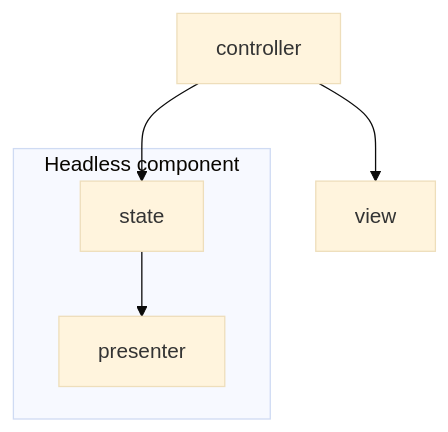
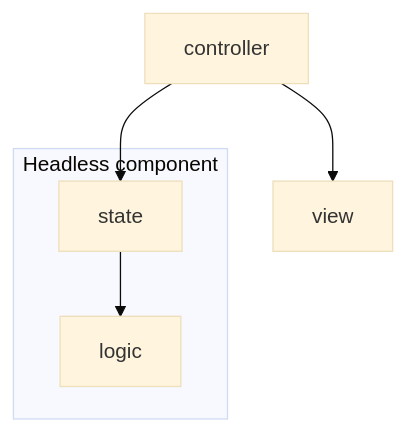
The diagram in dev-docs/frontend/component.md (GautierBlandin/context-gpt), drawn with Mermaid (base theme) before and after one commit. The commit also changed other lines of this file and 10 other files, not shown here.

````diff
--- a/dev-docs/frontend/component.md
+++ b/dev-docs/frontend/component.md
@@ -55,10 +57,10 @@
 ```mermaid
 graph TD
   subgraph "Headless component"
     state
-    presenter
+    logic
   end
   controller --> view
   controller --> state
-  state --> presenter
+  state --> logic
 ```
````
